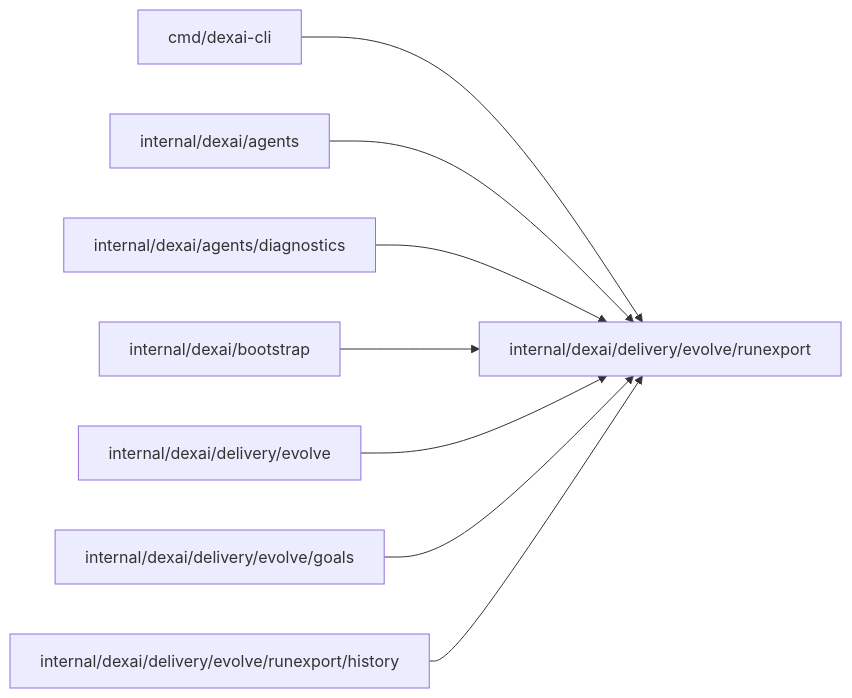
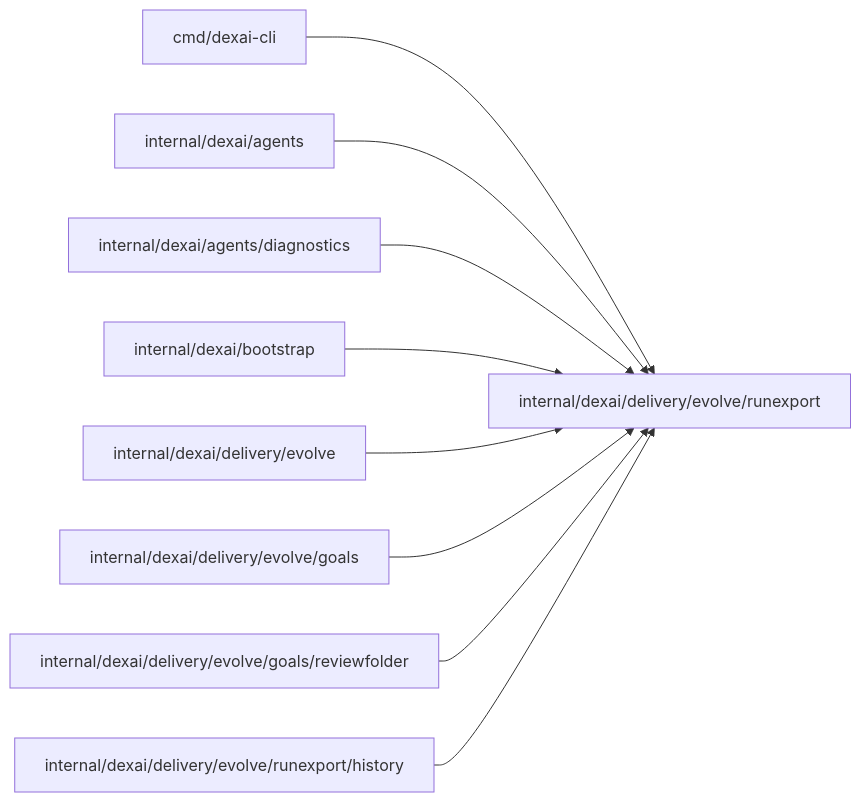
Before and after one commit to superdurable/superverse: the diagram in internal/dexai/delivery/evolve/runexport/README.md, drawn with Mermaid. The commit also changed other lines of this file and 40 other files, not shown here.

````diff
--- a/internal/dexai/delivery/evolve/runexport/README.md
+++ b/internal/dexai/delivery/evolve/runexport/README.md
@@ -10,11 +10,12 @@
 ```mermaid
 flowchart LR
   self["internal/dexai/delivery/evolve/runexport"]
   c0["cmd/dexai-cli"] --> self
   c1["internal/dexai/agents"] --> self
   c2["internal/dexai/agents/diagnostics"] --> self
   c3["internal/dexai/bootstrap"] --> self
   c4["internal/dexai/delivery/evolve"] --> self
   c5["internal/dexai/delivery/evolve/goals"] --> self
-  c6["internal/dexai/delivery/evolve/runexport/history"] --> self
+  c6["internal/dexai/delivery/evolve/goals/reviewfolder"] --> self
+  c7["internal/dexai/delivery/evolve/runexport/history"] --> self
 ```
````
